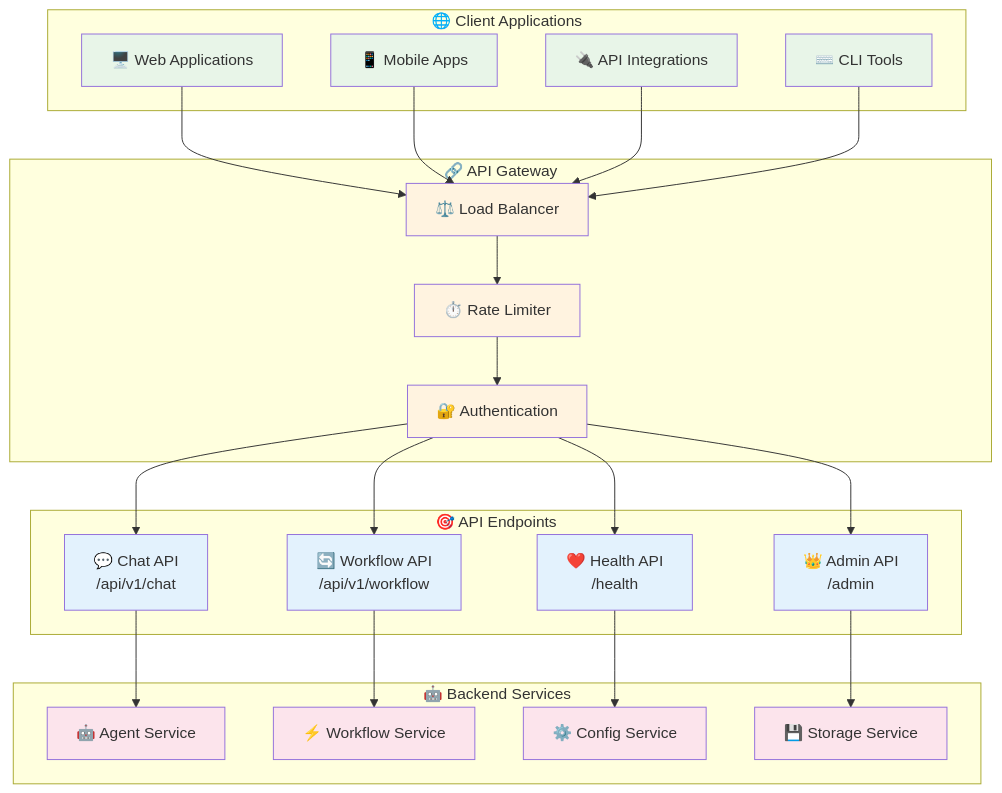
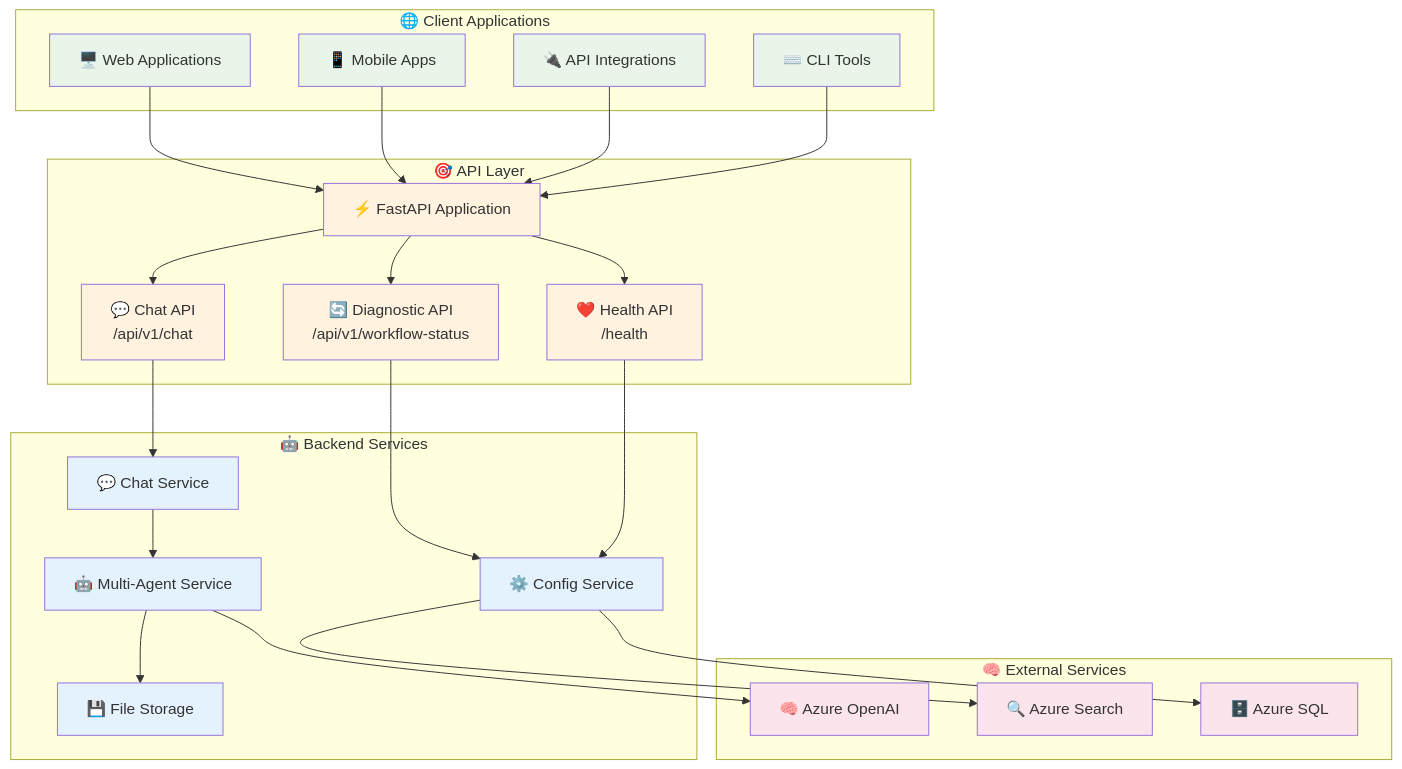
Before and after one commit to the-ingenious-dark-knight/Insight_Ingenious: the first of 6 diagrams in docs/api/README.md, drawn with Mermaid. The commit also changed other lines of this file, not shown here.

Commit message:
refactor: Update API documentation to reflect new chat and diagnostic endpoints

````diff
--- a/docs/api/README.md
+++ b/docs/api/README.md
@@ -18,57 +18,59 @@
 ```mermaid
 graph TB
     subgraph "🌐 Client Applications"
         WEB_CLIENT[🖥️ Web Applications]
         MOBILE_CLIENT[📱 Mobile Apps]
         API_CLIENT[🔌 API Integrations]
         CLI_CLIENT[⌨️ CLI Tools]
     end
 
-    subgraph "🔗 API Gateway"
-        LOAD_BALANCER[⚖️ Load Balancer]
-        RATE_LIMITER[⏱️ Rate Limiter]
-        AUTH_LAYER[🔐 Authentication]
-    end
-
-    subgraph "🎯 API Endpoints"
+    subgraph "🎯 API Layer"
+        FASTAPI[⚡ FastAPI Application]
         CHAT_API[💬 Chat API<br/>/api/v1/chat]
-        WORKFLOW_API[🔄 Workflow API<br/>/api/v1/workflow]
+        DIAGNOSTIC_API[🔄 Diagnostic API<br/>/api/v1/workflow-status]
         HEALTH_API[❤️ Health API<br/>/health]
-        ADMIN_API[👑 Admin API<br/>/admin]
     end
 
     subgraph "🤖 Backend Services"
-        AGENT_SERVICE[🤖 Agent Service]
-        WORKFLOW_SERVICE[⚡ Workflow Service]
+        CHAT_SERVICE[💬 Chat Service]
+        MULTI_AGENT_SERVICE[🤖 Multi-Agent Service]
         CONFIG_SERVICE[⚙️ Config Service]
-        STORAGE_SERVICE[💾 Storage Service]
+        FILE_STORAGE[💾 File Storage]
     end
 
-    WEB_CLIENT --> LOAD_BALANCER
-    MOBILE_CLIENT --> LOAD_BALANCER
-    API_CLIENT --> LOAD_BALANCER
-    CLI_CLIENT --> LOAD_BALANCER
+    subgraph "🧠 External Services"
+        AZURE_OPENAI[🧠 Azure OpenAI]
+        AZURE_SEARCH[🔍 Azure Search]
+        AZURE_SQL[🗄️ Azure SQL]
+    end
 
-    LOAD_BALANCER --> RATE_LIMITER
-    RATE_LIMITER --> AUTH_LAYER
+    WEB_CLIENT --> FASTAPI
+    MOBILE_CLIENT --> FASTAPI
+    API_CLIENT --> FASTAPI
+    CLI_CLIENT --> FASTAPI
 
-    AUTH_LAYER --> CHAT_API
-    AUTH_LAYER --> WORKFLOW_API
-    AUTH_LAYER --> HEALTH_API
-    AUTH_LAYER --> ADMIN_API
+    FASTAPI --> CHAT_API
+    FASTAPI --> DIAGNOSTIC_API
+    FASTAPI --> HEALTH_API
 
-    CHAT_API --> AGENT_SERVICE
-    WORKFLOW_API --> WORKFLOW_SERVICE
+    CHAT_API --> CHAT_SERVICE
+    DIAGNOSTIC_API --> CONFIG_SERVICE
     HEALTH_API --> CONFIG_SERVICE
-    ADMIN_API --> STORAGE_SERVICE
+
+    CHAT_SERVICE --> MULTI_AGENT_SERVICE
+    MULTI_AGENT_SERVICE --> FILE_STORAGE
+    MULTI_AGENT_SERVICE --> AZURE_OPENAI
+
+    CONFIG_SERVICE --> AZURE_SEARCH
+    CONFIG_SERVICE --> AZURE_SQL
 
     classDef client fill:#e8f5e8
-    classDef gateway fill:#fff3e0
-    classDef api fill:#e3f2fd
-    classDef service fill:#fce4ec
+    classDef api fill:#fff3e0
+    classDef service fill:#e3f2fd
+    classDef external fill:#fce4ec
 
     class WEB_CLIENT,MOBILE_CLIENT,API_CLIENT,CLI_CLIENT client
-    class LOAD_BALANCER,RATE_LIMITER,AUTH_LAYER gateway
-    class CHAT_API,WORKFLOW_API,HEALTH_API,ADMIN_API api
-    class AGENT_SERVICE,WORKFLOW_SERVICE,CONFIG_SERVICE,STORAGE_SERVICE service
+    class FASTAPI,CHAT_API,DIAGNOSTIC_API,HEALTH_API api
+    class CHAT_SERVICE,MULTI_AGENT_SERVICE,CONFIG_SERVICE,FILE_STORAGE service
+    class AZURE_OPENAI,AZURE_SEARCH,AZURE_SQL external
 ```
````
